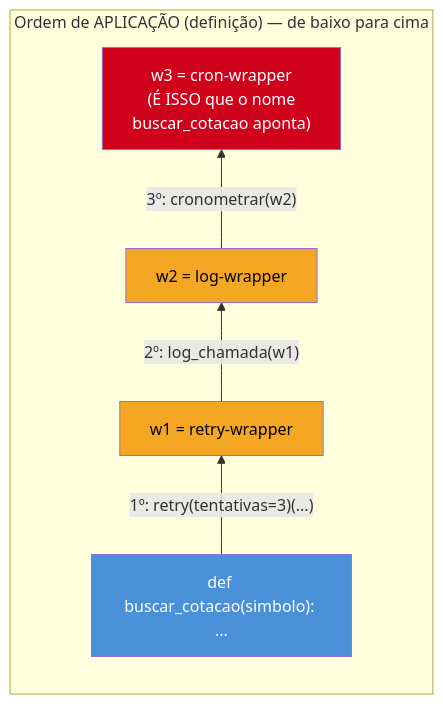
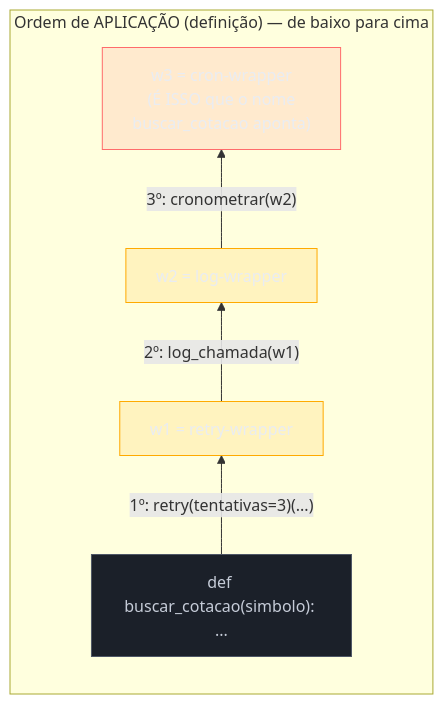
Before and after one commit to josenaldo/codex-technomanticus: the second of 4 diagrams in 03-Dominios/Tecnologia/Python/Funcional e idiomas avançados/06 - Decorators com argumentos e functools.wraps.md, drawn with Mermaid. The commit also changed other lines of this file and 1181 other files, not shown here.

First line of the commit message:
fix(diagramas): paleta do sistema no lugar de cor cravada no markdown

````diff
--- a/03-Dominios/Tecnologia/Python/Funcional e idiomas avançados/06 - Decorators com argumentos e functools.wraps.md
+++ b/03-Dominios/Tecnologia/Python/Funcional e idiomas avançados/06 - Decorators com argumentos e functools.wraps.md
@@ -278,14 +278,17 @@
 ```mermaid
 flowchart BT
+    classDef neutro fill:#1B2029,stroke:#4E5666,color:#C6CCD8
+    classDef destaque fill:#FFAA0024,stroke:#FFAA00,color:#E9ECF2
+    classDef falha fill:#FF6B6B24,stroke:#FF6B6B,color:#E9ECF2
     subgraph Definicao["Ordem de APLICAÇÃO (definição) — de baixo para cima"]
         direction BT
         F["def buscar_cotacao(simbolo): ..."] -->|"1º: retry(tentativas=3)(...)"| W1["w1 = retry-wrapper"]
         W1 -->|"2º: log_chamada(w1)"| W2["w2 = log-wrapper"]
         W2 -->|"3º: cronometrar(w2)"| W3["w3 = cron-wrapper<br/>(É ISSO que o nome<br/>buscar_cotacao aponta)"]
     end
 
-    style F fill:#4A90D9,color:#fff
-    style W1 fill:#F5A623,color:#000
-    style W2 fill:#F5A623,color:#000
-    style W3 fill:#D0021B,color:#fff
+    class F neutro
+    class W1 destaque
+    class W2 destaque
+    class W3 falha
 ```
````
